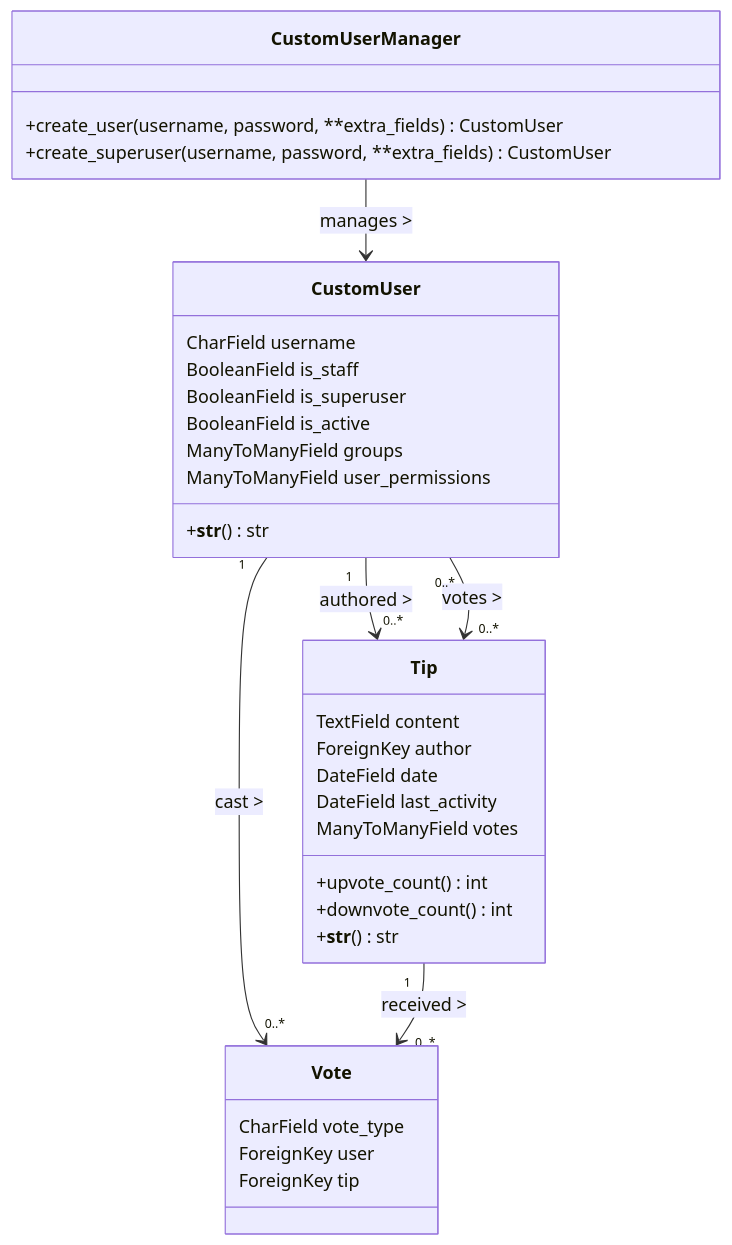
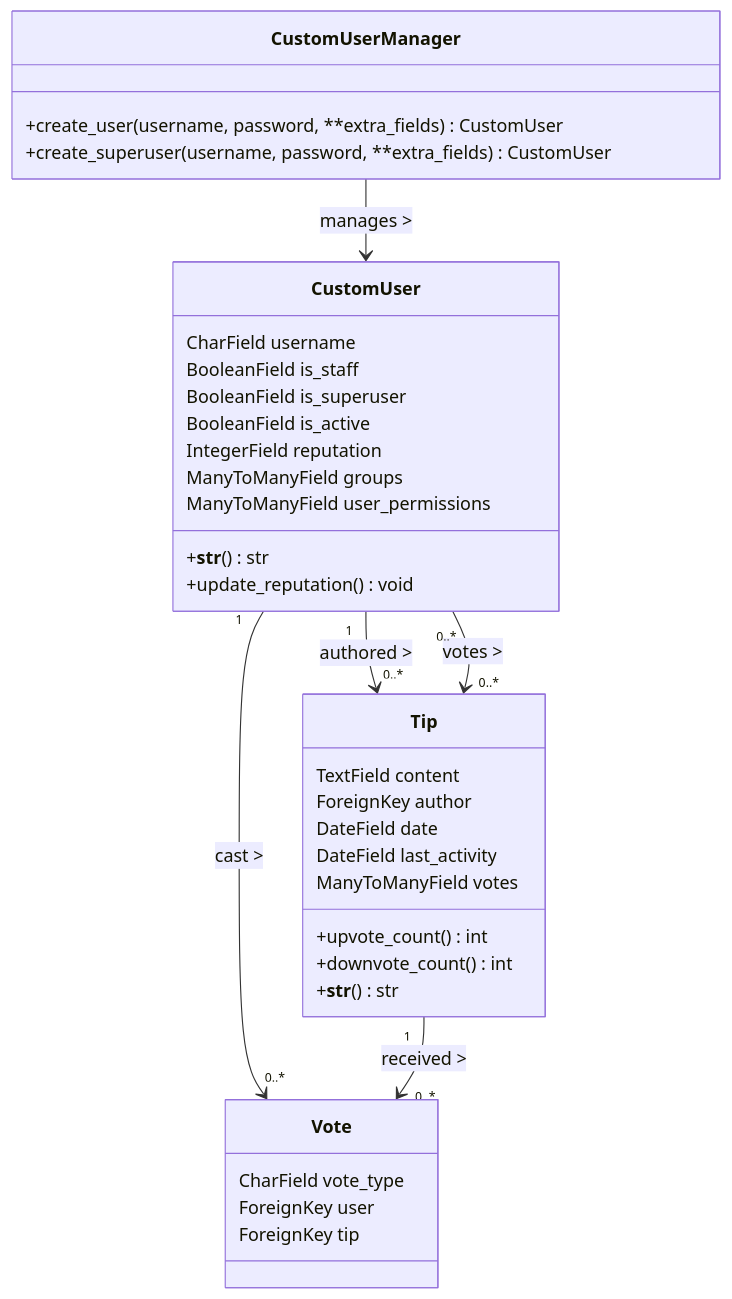
One commit to Tablerase/42_Projects changed the second of 2 diagrams in Projects/Django/README.md. Above: the diagram before and after it, drawn with Mermaid. The commit also changed other lines of this file and 27 other files, not shown here.

````diff
--- a/Projects/Django/README.md
+++ b/Projects/Django/README.md
@@ -374,36 +377,38 @@
 ```mermaid
 classDiagram
     class CustomUser {
         CharField username
         BooleanField is_staff
         BooleanField is_superuser
         BooleanField is_active
+        IntegerField reputation
         ManyToManyField groups
         ManyToManyField user_permissions
         +__str__() str
+        +update_reputation() void
     }
     class CustomUserManager {
         +create_user(username, password, **extra_fields) CustomUser
         +create_superuser(username, password, **extra_fields) CustomUser
     }
     class Tip {
         TextField content
         ForeignKey author
         DateField date
         DateField last_activity
         ManyToManyField votes
         +upvote_count() int
         +downvote_count() int
         +__str__() str
     }
     class Vote {
         CharField vote_type
         ForeignKey user
         ForeignKey tip
     }
     CustomUserManager --> CustomUser : manages >
     CustomUser "1" --> "0..*" Tip : authored >
     CustomUser "0..*" --> "0..*" Tip : votes >
     CustomUser "1" --> "0..*" Vote : cast >
     Tip "1" --> "0..*" Vote : received >
 ```
````
